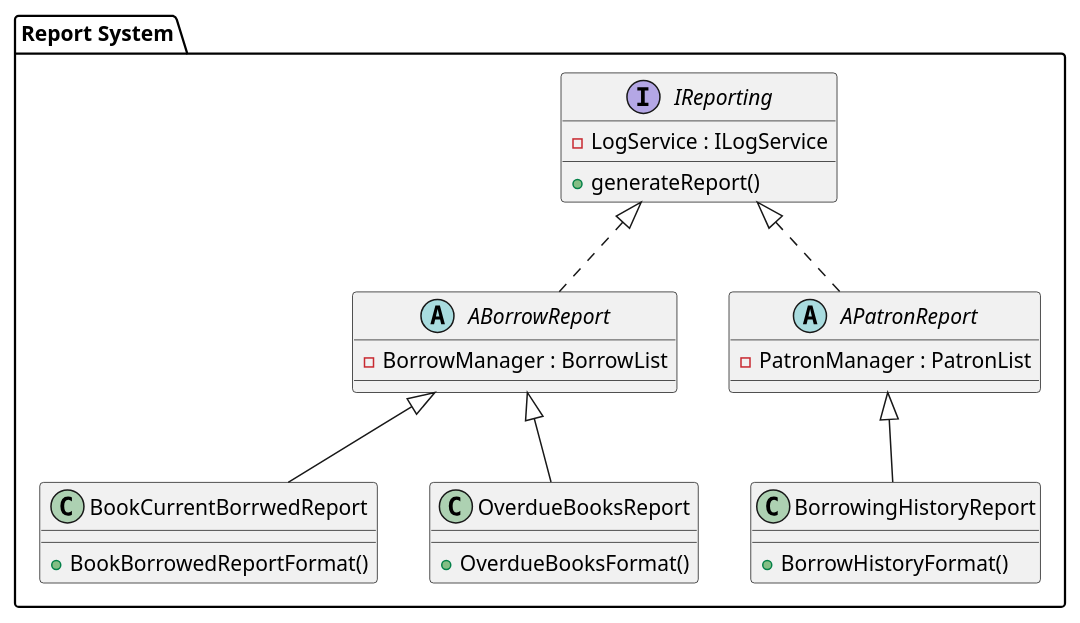
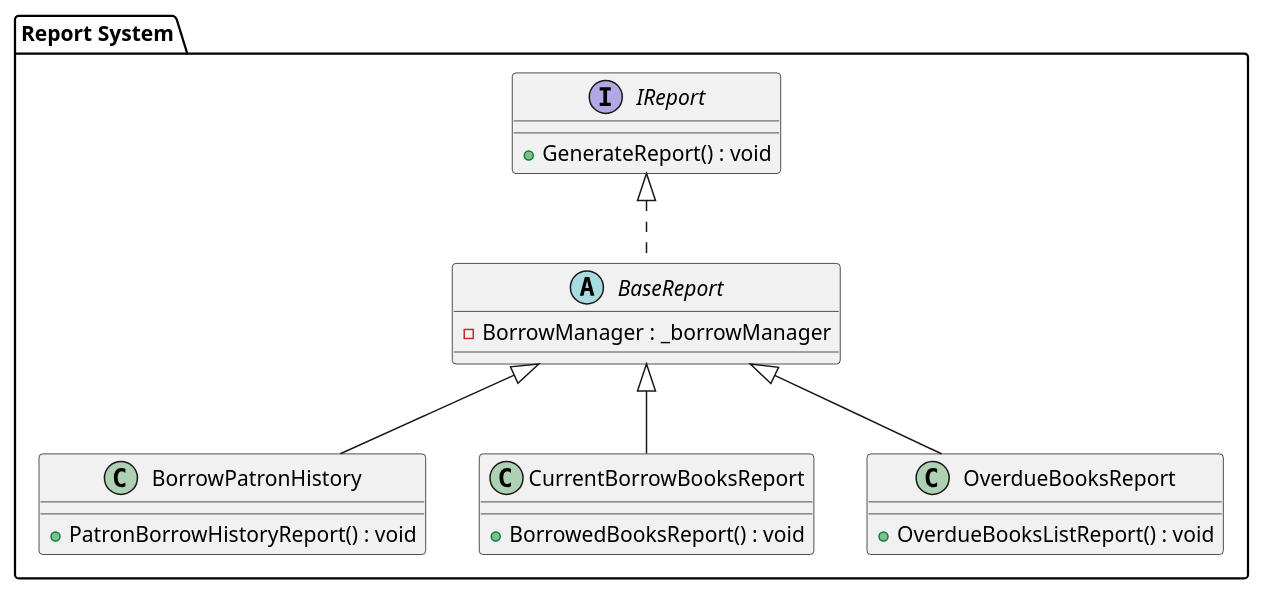
Before and after one commit to programacion-6/Opcion1CanelitaTeam: the diagram in UML-Diagram/ReportSystem.puml, drawn with PlantUML.

Commit message:
refactor: update contract and concretes in report system

```diff
--- a/UML-Diagram/ReportSystem.puml
+++ b/UML-Diagram/ReportSystem.puml
@@ -1,32 +1,28 @@
 @startuml ReportSystem
+
 package "Report System" {
-    
-    ' Define main abstractc
-    abstract class ABorrowReport implements IReporting{
-        - BorrowManager : BorrowList
+    ' Define main contract
+    interface IReport {
+        + GenerateReport() : void
     }
 
-    abstract class APatronReport implements IReporting{
-        - PatronManager : PatronList
-    }
-
-    ' Define main interface
-    interface IReporting {
-        - LogService : ILogService
-        + generateReport()
+    ' Define main abstract base
+    abstract class BaseReport implements IReport {
+        - BorrowManager : _borrowManager
     }
 
     ' Define main classes
-    class BookCurrentBorrwedReport extends ABorrowReport {
-        + BookBorrowedReportFormat()
+    class BorrowPatronHistory extends BaseReport {
+        + PatronBorrowHistoryReport() : void
     }
 
-    class OverdueBooksReport extends ABorrowReport {
-        + OverdueBooksFormat()
+    class CurrentBorrowBooksReport extends BaseReport {
+        + BorrowedBooksReport() : void
     }
 
-    class BorrowingHistoryReport extends APatronReport {
-        + BorrowHistoryFormat()
+    class OverdueBooksReport extends BaseReport {
+        + OverdueBooksListReport() : void
     }
 }
-@enduml 
+
+@enduml
```
